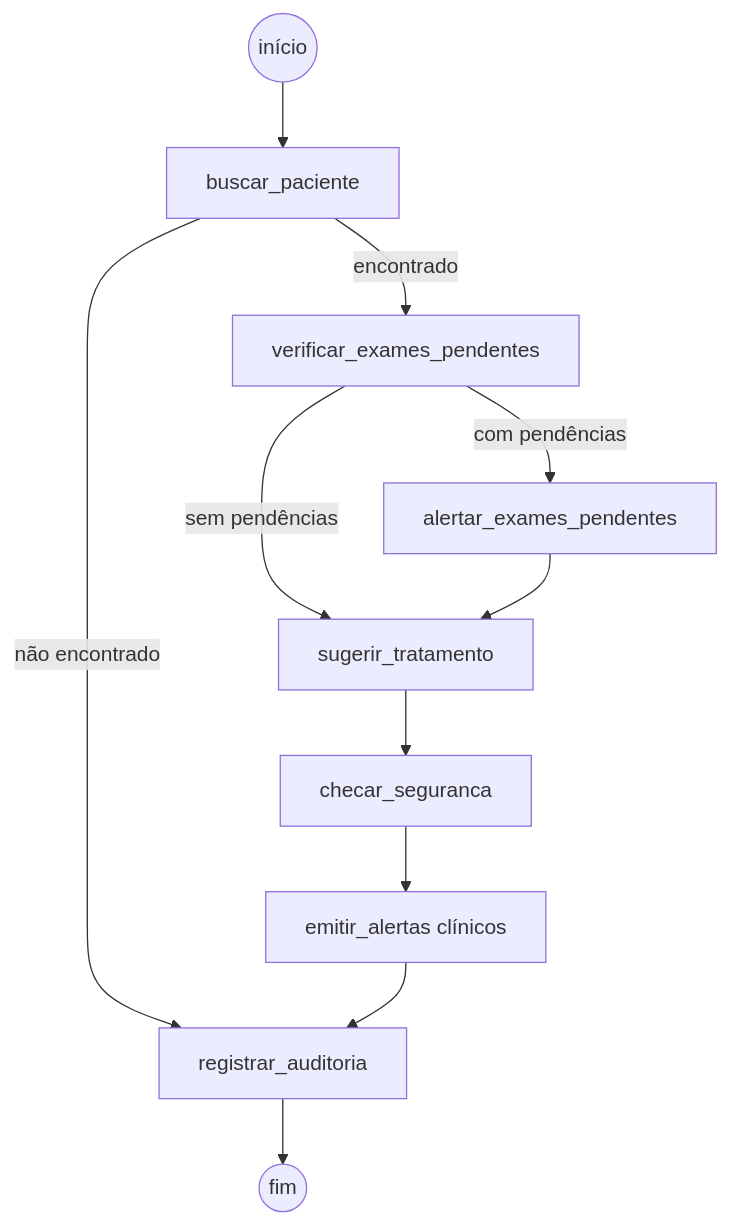
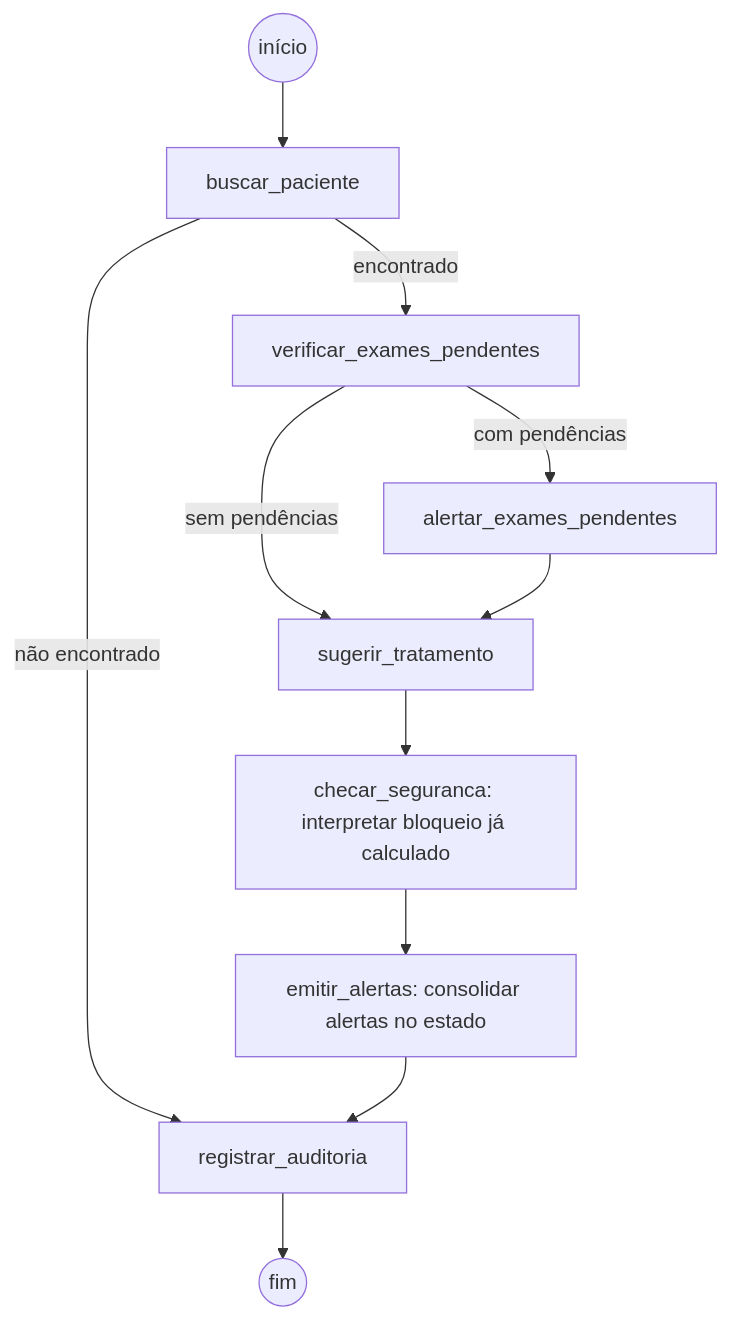
One commit to netomantonio/tech-challenge-1 changed the second of 2 diagrams in docs/arquitetura_fase3.md. Above: the diagram before and after it, drawn with Mermaid. The commit also changed other lines of this file and 3 other files, not shown here.

````diff
--- a/docs/arquitetura_fase3.md
+++ b/docs/arquitetura_fase3.md
@@ -75,13 +92,13 @@
 ```mermaid
 flowchart TD
     START((início)) --> BP[buscar_paciente]
     BP -->|não encontrado| AUD[registrar_auditoria]
     BP -->|encontrado| VEP[verificar_exames_pendentes]
     VEP -->|sem pendências| ST[sugerir_tratamento]
     VEP -->|com pendências| AEP[alertar_exames_pendentes]
     AEP --> ST
-    ST --> CS[checar_seguranca]
-    CS --> EA[emitir_alertas clínicos]
+    ST --> CS[checar_seguranca: interpretar bloqueio já calculado]
+    CS --> EA[emitir_alertas: consolidar alertas no estado]
     EA --> AUD
     AUD --> END((fim))
 ```
````
